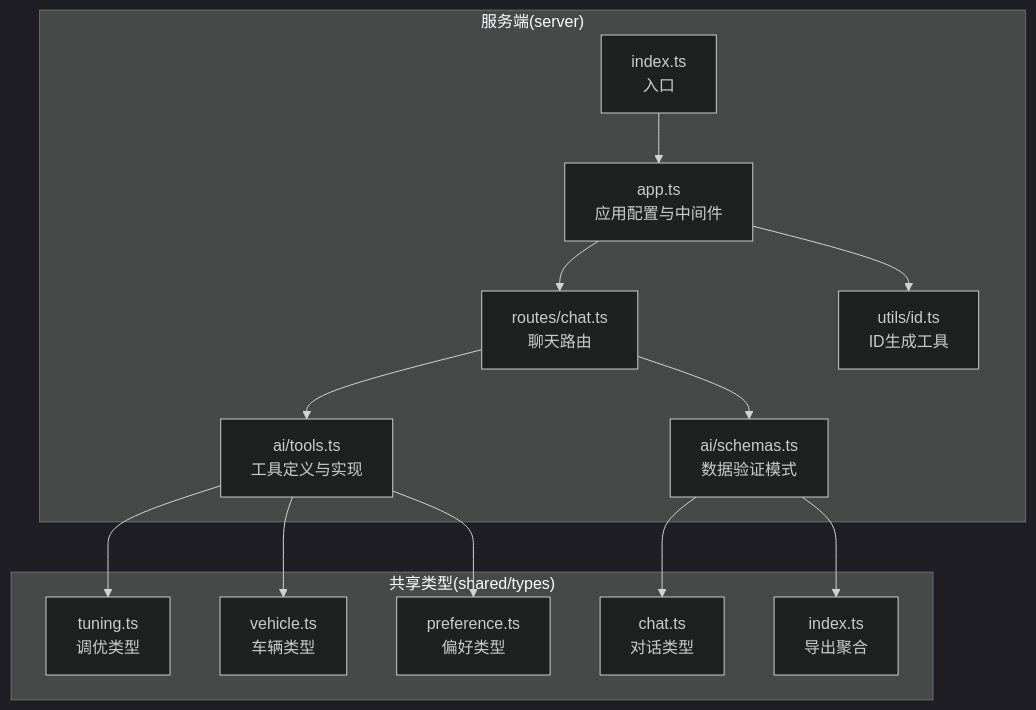
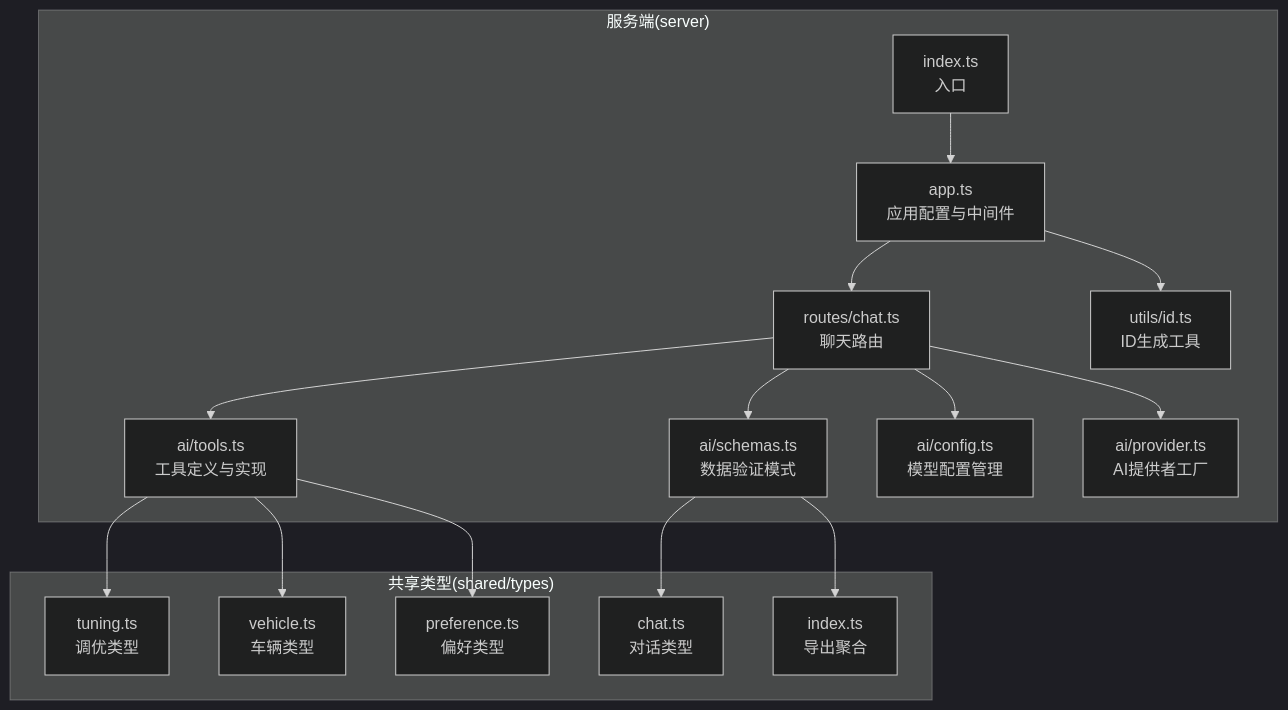
The first of 8 diagrams in .qoder/repowiki/zh/content/AI集成模块/工具集成.md (aHin0805/FH6CarSettingAgent), drawn with Mermaid (dark theme) before and after one commit. The commit also changed other lines of this file and 59 other files, not shown here.

````diff
--- a/.qoder/repowiki/zh/content/AI集成模块/工具集成.md
+++ b/.qoder/repowiki/zh/content/AI集成模块/工具集成.md
@@ -37,28 +40,32 @@
 ```mermaid
 graph TB
 subgraph "服务端(server)"
 A["app.ts<br/>应用配置与中间件"]
 B["routes/chat.ts<br/>聊天路由"]
 C["ai/tools.ts<br/>工具定义与实现"]
 D["ai/schemas.ts<br/>数据验证模式"]
-E["utils/id.ts<br/>ID生成工具"]
-F["index.ts<br/>入口"]
+E["ai/config.ts<br/>模型配置管理"]
+F["ai/provider.ts<br/>AI提供者工厂"]
+G["utils/id.ts<br/>ID生成工具"]
+H["index.ts<br/>入口"]
 end
 subgraph "共享类型(shared/types)"
 T1["tuning.ts<br/>调优类型"]
 T2["vehicle.ts<br/>车辆类型"]
 T3["preference.ts<br/>偏好类型"]
 T4["chat.ts<br/>对话类型"]
 T0["index.ts<br/>导出聚合"]
 end
-F --> A
+H --> A
 A --> B
 B --> C
 B --> D
+B --> E
+B --> F
 C --> T1
 C --> T2
 C --> T3
 D --> T4
 D --> T0
-A --> E
+A --> G
 ```
````
